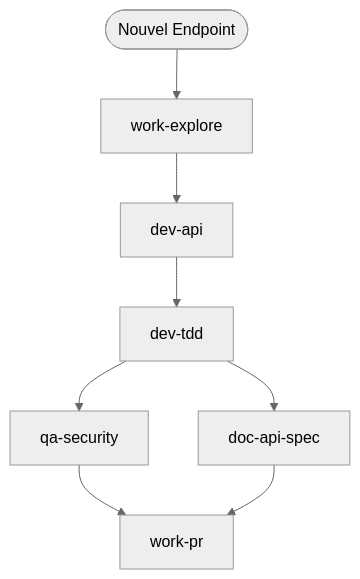
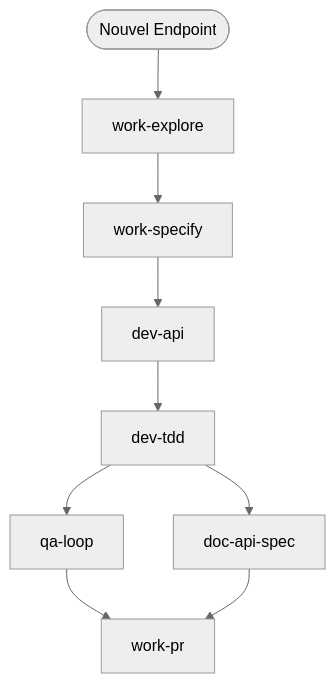
One commit to christopherlouet/claude-base changed the seventh of 8 diagrams in docs/WORKFLOWS.md. Above: the diagram before and after it, drawn with Mermaid (neutral theme). The commit also changed other lines of this file and 8 other files, not shown here.

````diff
--- a/docs/WORKFLOWS.md
+++ b/docs/WORKFLOWS.md
@@ -467,10 +477,11 @@
 ```mermaid
 flowchart TD
     A([Nouvel Endpoint]) --> B[work-explore]
-    B --> C[dev-api]
+    B --> S[work-specify]
+    S --> C[dev-api]
     C --> D[dev-tdd]
-    D --> E[qa-security]
+    D --> E[qa-loop]
     D --> F[doc-api-spec]
     E --> G[work-pr]
     F --> G
 ```
````
